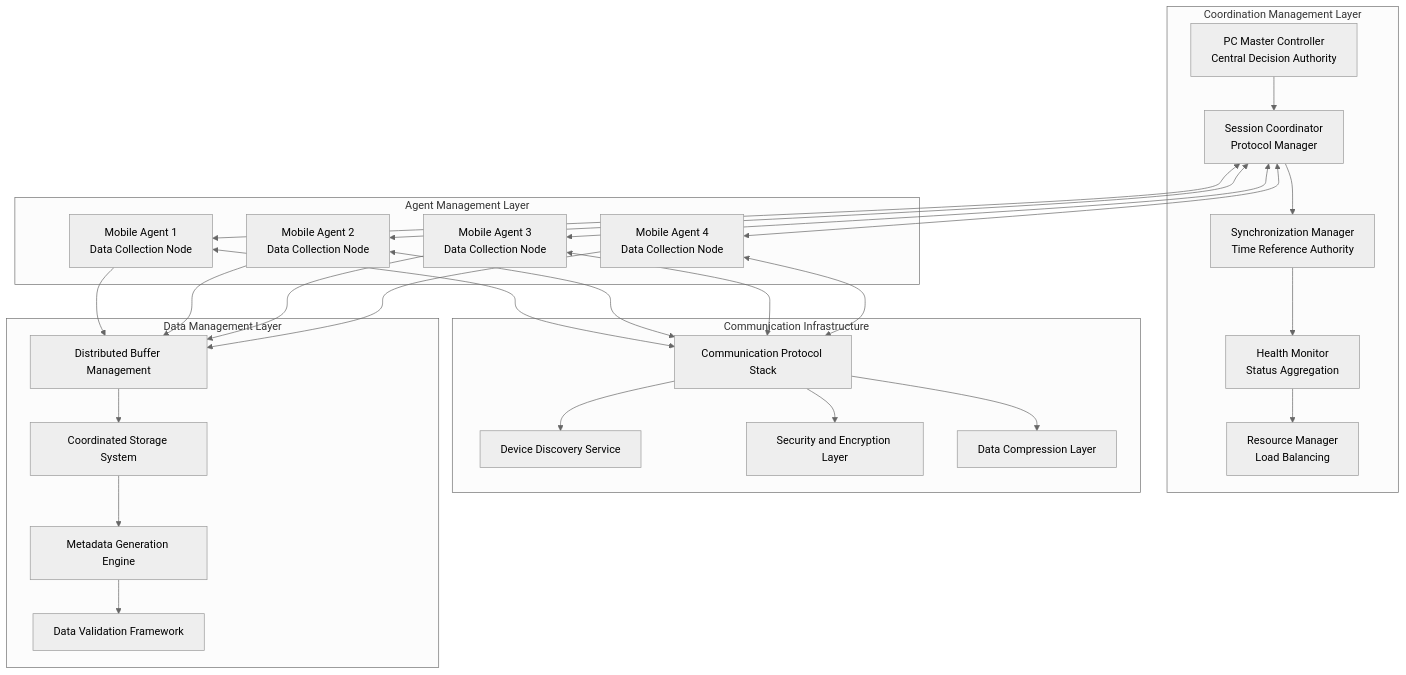
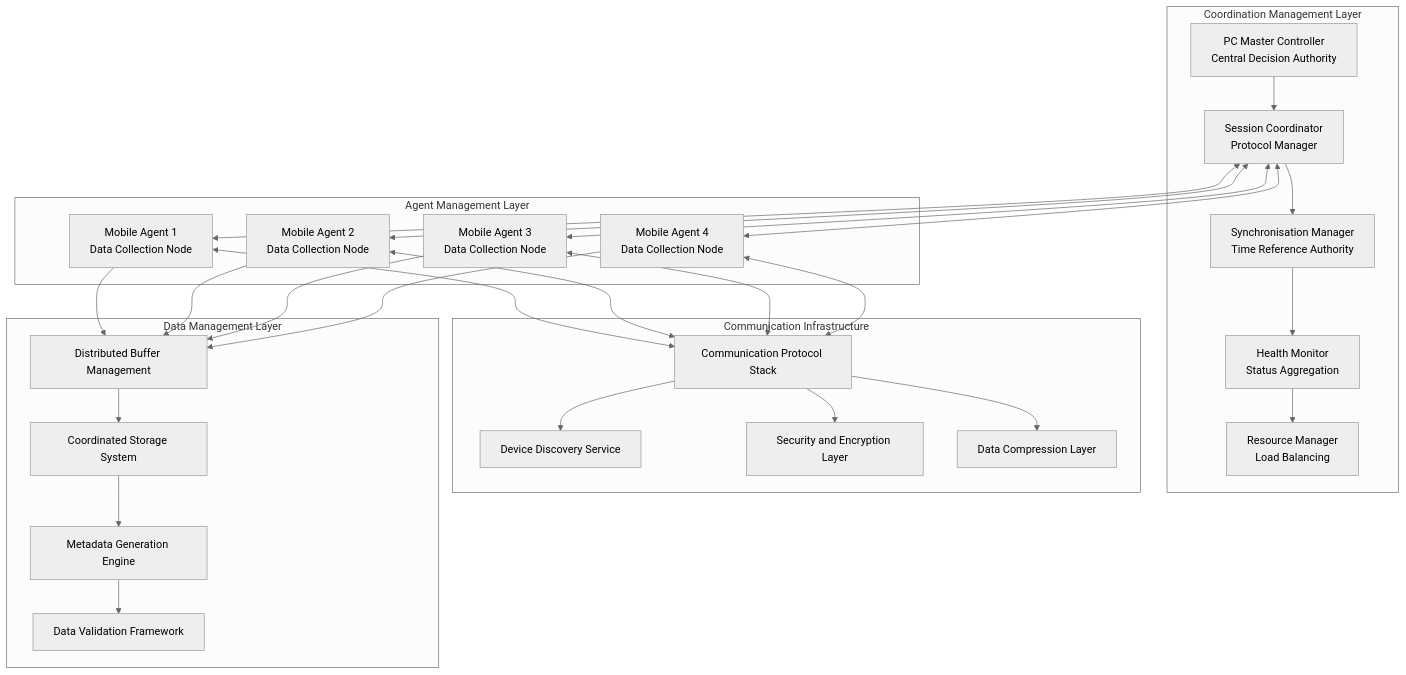
Before and after one commit to buccancs/fyp-multi-sensor-recording-system: the sixth of 10 diagrams in docs/thesis_report/draft_0/chapter_4_design_and_implementation.md, drawn with Mermaid (neutral theme). The commit also changed other lines of this file and 56 other files, not shown here.

````diff
--- a/docs/thesis_report/draft_0/chapter_4_design_and_implementation.md
+++ b/docs/thesis_report/draft_0/chapter_4_design_and_implementation.md
@@ -1713,54 +1713,54 @@
 ```mermaid
 graph TD
     subgraph "Coordination Management Layer"
         MASTER[PC Master Controller<br/>Central Decision Authority]
         COORD[Session Coordinator<br/>Protocol Manager]
-        SYNC[Synchronization Manager<br/>Time Reference Authority]
+        SYNC[Synchronisation Manager<br/>Time Reference Authority]
         HEALTH[Health Monitor<br/>Status Aggregation]
         RESOURCE[Resource Manager<br/>Load Balancing]
     end
 
     subgraph "Agent Management Layer"
         AGENT1[Mobile Agent 1<br/>Data Collection Node]
         AGENT2[Mobile Agent 2<br/>Data Collection Node]
         AGENT3[Mobile Agent 3<br/>Data Collection Node]
         AGENT4[Mobile Agent 4<br/>Data Collection Node]
     end
 
     subgraph "Communication Infrastructure"
         PROTOCOL[Communication Protocol Stack]
         DISCOVERY[Device Discovery Service]
         ENCRYPTION[Security and Encryption Layer]
         COMPRESSION[Data Compression Layer]
     end
 
     subgraph "Data Management Layer"
         BUFFER[Distributed Buffer Management]
         STORAGE[Coordinated Storage System]
         METADATA[Metadata Generation Engine]
         VALIDATION[Data Validation Framework]
     end
 
     MASTER --> COORD
     COORD --> SYNC
     SYNC --> HEALTH
     HEALTH --> RESOURCE
     COORD <--> AGENT1
     COORD <--> AGENT2
     COORD <--> AGENT3
     COORD <--> AGENT4
     AGENT1 <--> PROTOCOL
     AGENT2 <--> PROTOCOL
     AGENT3 <--> PROTOCOL
     AGENT4 <--> PROTOCOL
     PROTOCOL --> DISCOVERY
     PROTOCOL --> ENCRYPTION
     PROTOCOL --> COMPRESSION
     AGENT1 --> BUFFER
     AGENT2 --> BUFFER
     AGENT3 --> BUFFER
     AGENT4 --> BUFFER
     BUFFER --> STORAGE
     STORAGE --> METADATA
     METADATA --> VALIDATION
 ```
````
